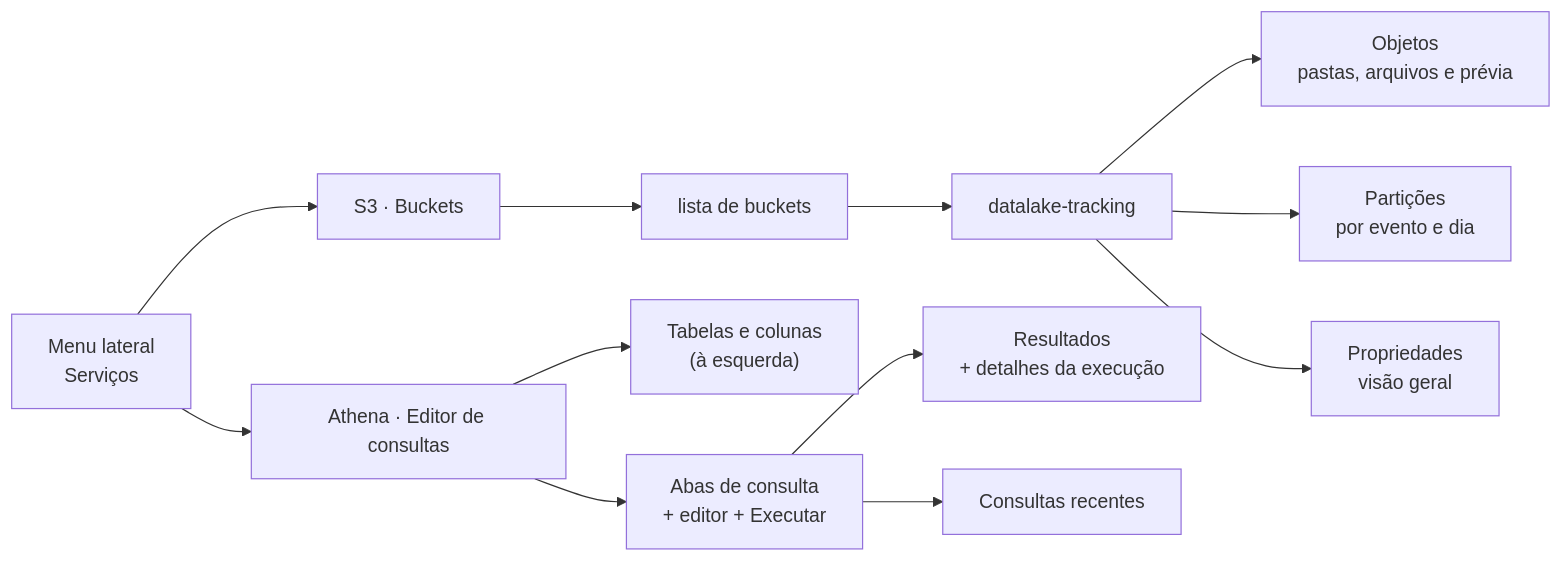
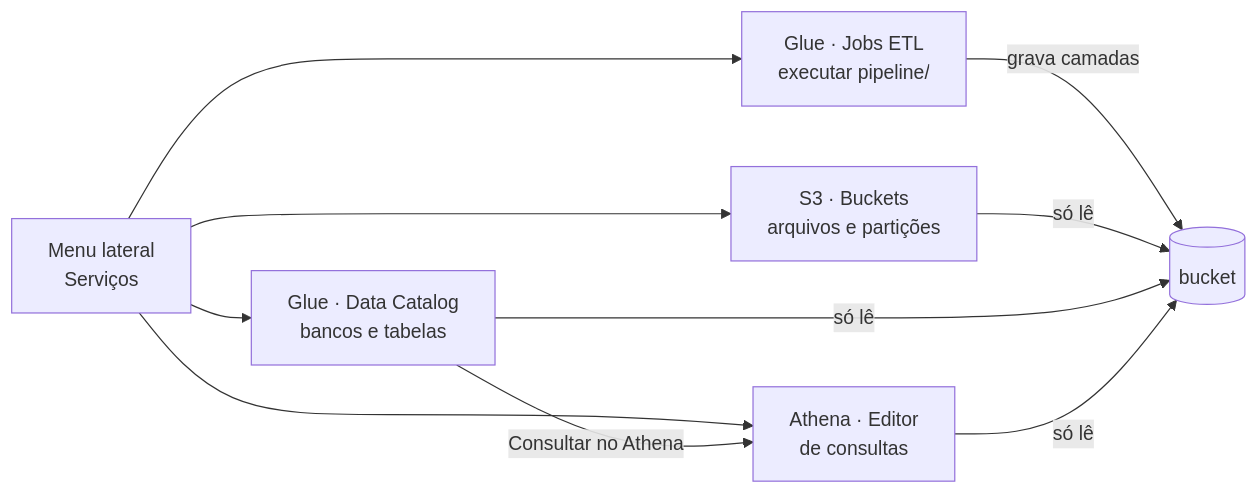
One commit to sertaoseracloud/projeto-final-tracking changed the first of 3 diagrams in explorador/README.md. Above: the diagram before and after it, drawn with Mermaid. The commit also changed other lines of this file and 9 other files, not shown here.

First line of the commit message:
Explorador: telas Glue · Data Catalog e Glue · Jobs ETL

````diff
--- a/explorador/README.md
+++ b/explorador/README.md
@@ -23,13 +23,12 @@
 ```mermaid
 flowchart LR
-    menu["Menu lateral<br/>Serviços"] --> s3["S3 · Buckets"]
-    menu --> ath["Athena · Editor de consultas"]
-    s3 --> lista["lista de buckets"] --> bucket["datalake-tracking"]
-    bucket --> obj["Objetos<br/>pastas, arquivos e prévia"]
-    bucket --> part["Partições<br/>por evento e dia"]
-    bucket --> prop["Propriedades<br/>visão geral"]
-    ath --> arv["Tabelas e colunas<br/>(à esquerda)"]
-    ath --> abas["Abas de consulta<br/>+ editor + Executar"]
-    abas --> res["Resultados<br/>+ detalhes da execução"]
-    abas --> hist["Consultas recentes"]
+    menu["Menu lateral<br/>Serviços"] --> s3["S3 · Buckets<br/>arquivos e partições"]
+    menu --> cat["Glue · Data Catalog<br/>bancos e tabelas"]
+    menu --> jobs["Glue · Jobs ETL<br/>executar pipeline/"]
+    menu --> ath["Athena · Editor<br/>de consultas"]
+    jobs -->|grava camadas| bucket[("bucket")]
+    s3 -->|só lê| bucket
+    cat -->|só lê| bucket
+    ath -->|só lê| bucket
+    cat -->|Consultar no Athena| ath
 ```
````
